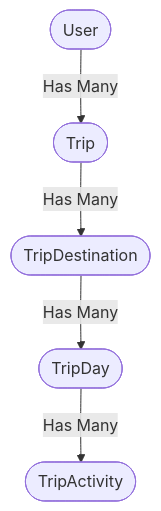
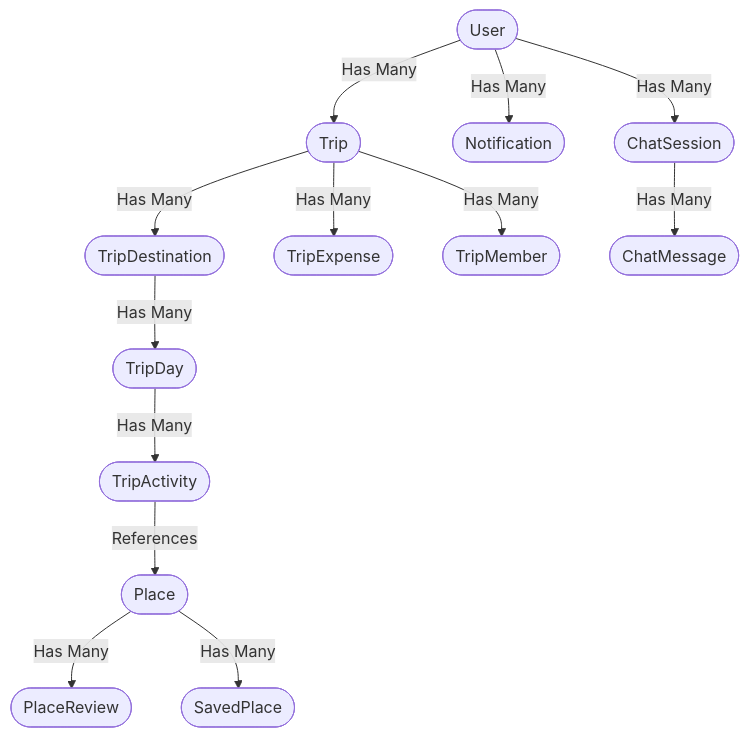
Before and after one commit to Waynx-Project-Graduation/backend: the diagram in README.md, drawn with Mermaid. The commit also changed other lines of this file and 24 other files, not shown here.

Commit message:
Add expense, member, and review modules and update existing handlers and services

````diff
--- a/README.md
+++ b/README.md
@@ -30,7 +33,15 @@
 ```mermaid
 graph TD
     User([User]) -->|Has Many| Trip([Trip])
     Trip -->|Has Many| TripDest([TripDestination])
+    Trip -->|Has Many| TripExpense([TripExpense])
+    Trip -->|Has Many| TripMember([TripMember])
     TripDest -->|Has Many| TripDay([TripDay])
     TripDay -->|Has Many| TripAct([TripActivity])
+    TripAct -->|References| Place([Place])
+    Place -->|Has Many| PlaceReview([PlaceReview])
+    Place -->|Has Many| SavedPlace([SavedPlace])
+    User -->|Has Many| Notification([Notification])
+    User -->|Has Many| ChatSession([ChatSession])
+    ChatSession -->|Has Many| ChatMessage([ChatMessage])
 ```
````
